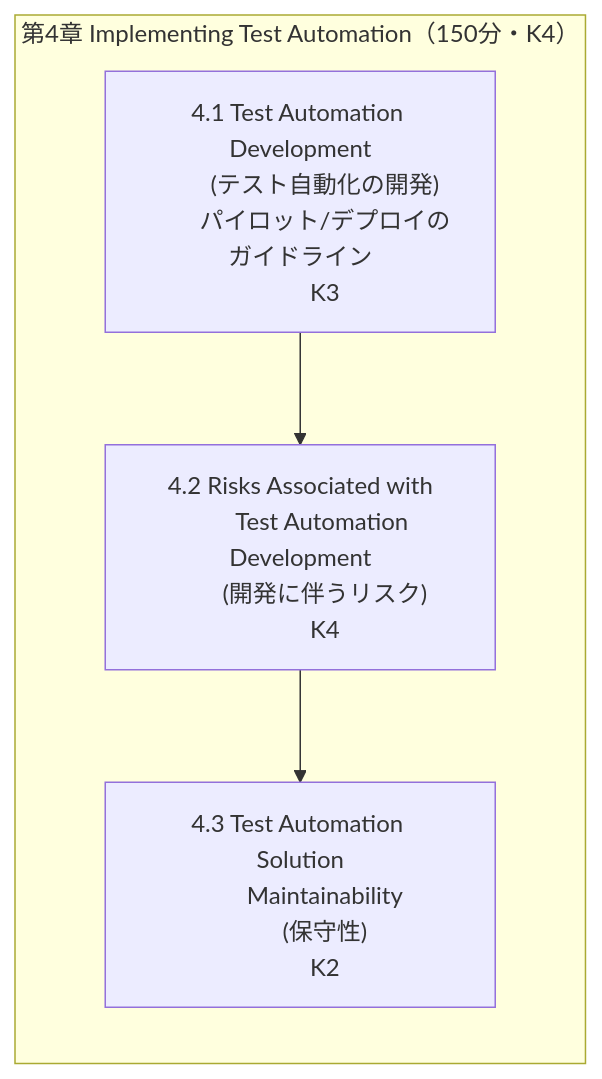
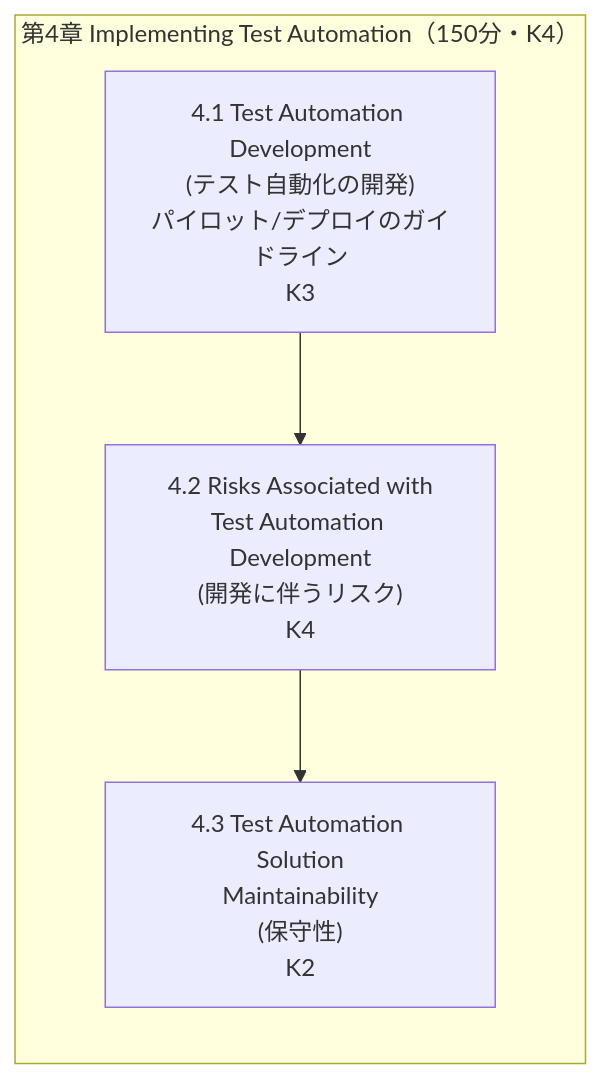
Before and after one commit to myoshi2891/Quality-Assurance-Studies: the first of 6 diagrams in Ctal-tae-v2.0-ch4-implementing-test-automation.md, drawn with Mermaid. The commit also changed other lines of this file and 1 other file, not shown here.

Commit message:
docs(ctal-tae): 第3章規格参照の更新および第4章Mermaid構文とリポジトリ管理記述の改善

````diff
--- a/Ctal-tae-v2.0-ch4-implementing-test-automation.md
+++ b/Ctal-tae-v2.0-ch4-implementing-test-automation.md
@@ -26,18 +26,9 @@
 ```mermaid
 flowchart LR
     subgraph CH4["第4章 Implementing Test Automation（150分・K4）"]
-        A["4.1 Test Automation Development
-        (テスト自動化の開発)
-        パイロット/デプロイのガイドライン
-        K3"]
-        B["4.2 Risks Associated with
-        Test Automation Development
-        (開発に伴うリスク)
-        K4"]
-        C["4.3 Test Automation Solution
-        Maintainability
-        (保守性)
-        K2"]
+        A["4.1 Test Automation Development<br/>(テスト自動化の開発)<br/>パイロット/デプロイのガイドライン<br/>K3"]
+        B["4.2 Risks Associated with<br/>Test Automation Development<br/>(開発に伴うリスク)<br/>K4"]
+        C["4.3 Test Automation Solution<br/>Maintainability<br/>(保守性)<br/>K2"]
     end
     A --> B --> C
 ```
````
